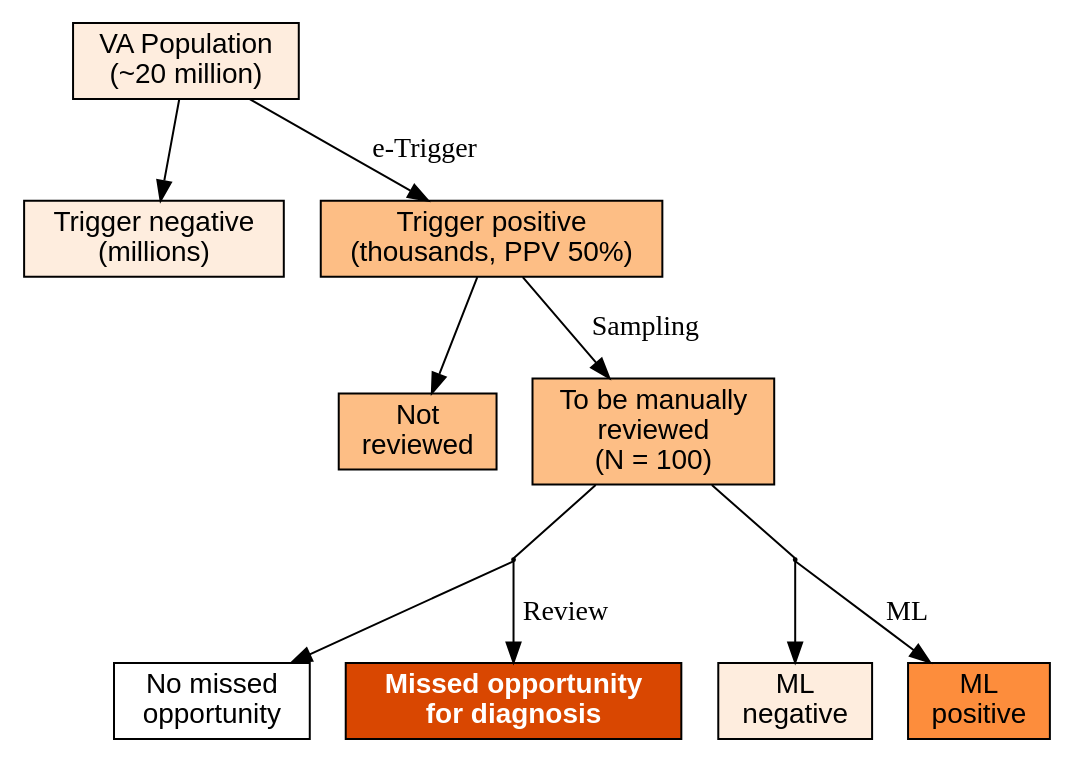
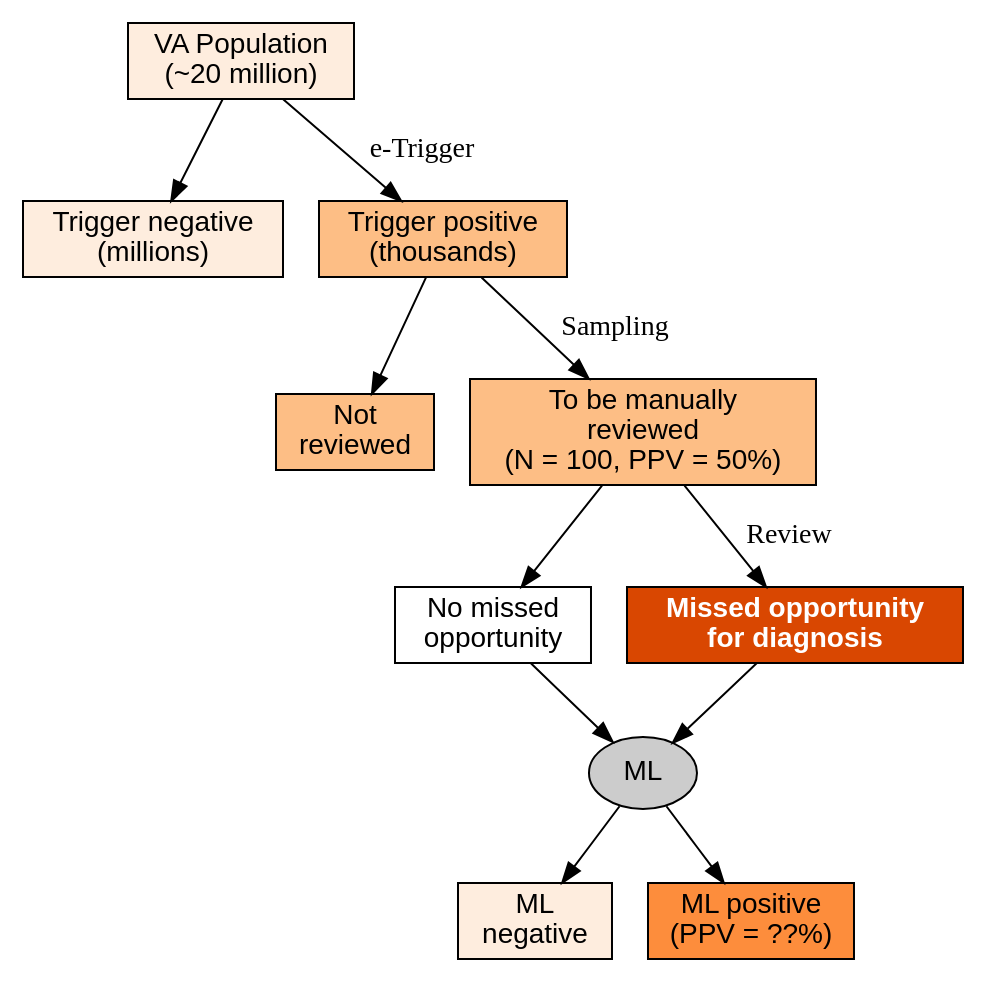
Before and after one commit to zimolzak/ml-detect-diagnostic-safety: the diagram in AndyZimolzak/flow-colors-sparser.dot, drawn with Graphviz.

Commit message:
make it clear that all 100 go to ML

```diff
--- a/AndyZimolzak/flow-colors-sparser.dot
+++ b/AndyZimolzak/flow-colors-sparser.dot
@@ -1,39 +1,38 @@
 digraph G {
 
 node [style = filled, fillcolor="white", fontname="Helvetica", colorscheme="oranges4"]
   //rankdir = "LR";
 
 // Rectangles for number of charts
 
 twentyMillion [shape="rectangle", label="VA Population\n(~20 million)", fillcolor=1];
 millionsNeg [shape="rectangle", label="Trigger negative\n(millions)", fillcolor=1];
-thousands [shape="rectangle", label="Trigger positive\n(thousands, PPV 50%)", fillcolor=2];
+thousands [shape="rectangle", label="Trigger positive\n(thousands)", fillcolor=2];
 notReview [shape="rectangle" label="Not\nreviewed", fillcolor=2];
-hundredReview [shape="rectangle", label="To be manually\nreviewed\n(N = 100)", fillcolor=2];
+hundredReview [shape="rectangle", label="To be manually\nreviewed\n(N = 100, PPV = 50%)", fillcolor=2];
 noMissedOD [shape="rectangle", label="No missed\nopportunity"];
 MissedOD [shape="rectangle", label="Missed opportunity\nfor diagnosis", fillcolor=4, fontcolor="white", fontname="Helvetica-Bold"];
 
 mlneg [shape="rectangle", fillcolor=1, label="ML\nnegative"];
-mlpos [shape="rectangle", fillcolor=3, label="ML\npositive"];  // color 3 is used only for ML +
- 
-reviewCircle [shape=point, height=0.02, fillcolor="black"];
-mlCircle [shape=point, height=0.02, fillcolor="black"];
+mlpos [shape="rectangle", fillcolor=3, label="ML positive\n(PPV = ??%)"];  // color 3 is used only for ML +
 
+ML [fillcolor="#cccccc"];
 
 // Edges
 
 twentyMillion -> millionsNeg;
 twentyMillion -> thousands [label="e-Trigger"];
 
 thousands -> notReview;
 thousands -> hundredReview [label="Sampling"];
 
-hundredReview -> reviewCircle [arrowhead=none];
-reviewCircle -> noMissedOD;
-reviewCircle -> MissedOD [label="Review"];
+hundredReview -> noMissedOD;
+hundredReview -> MissedOD [label="Review"];
 
-hundredReview -> mlCircle [arrowhead=none];
-mlCircle -> mlneg;
-mlCircle -> mlpos [label="ML"];
+noMissedOD -> ML;
+MissedOD -> ML;
+
+ML -> mlneg;
+ML -> mlpos;
 
 }
```
